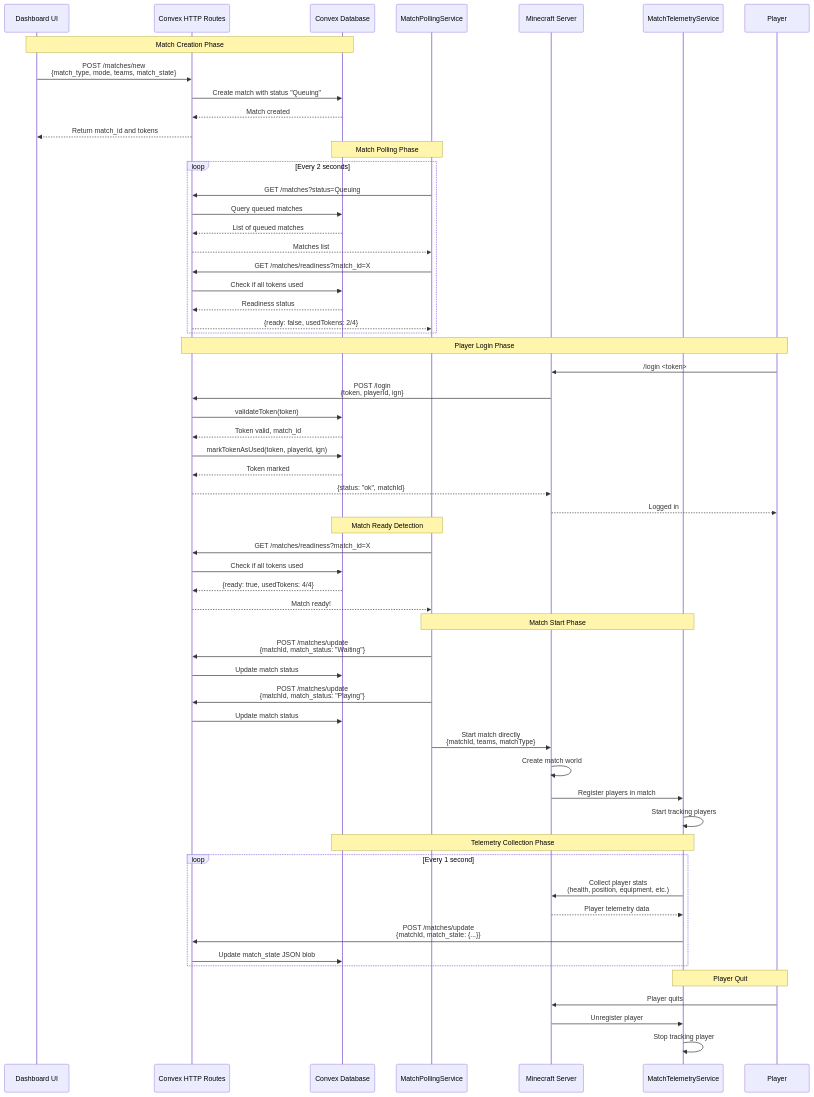
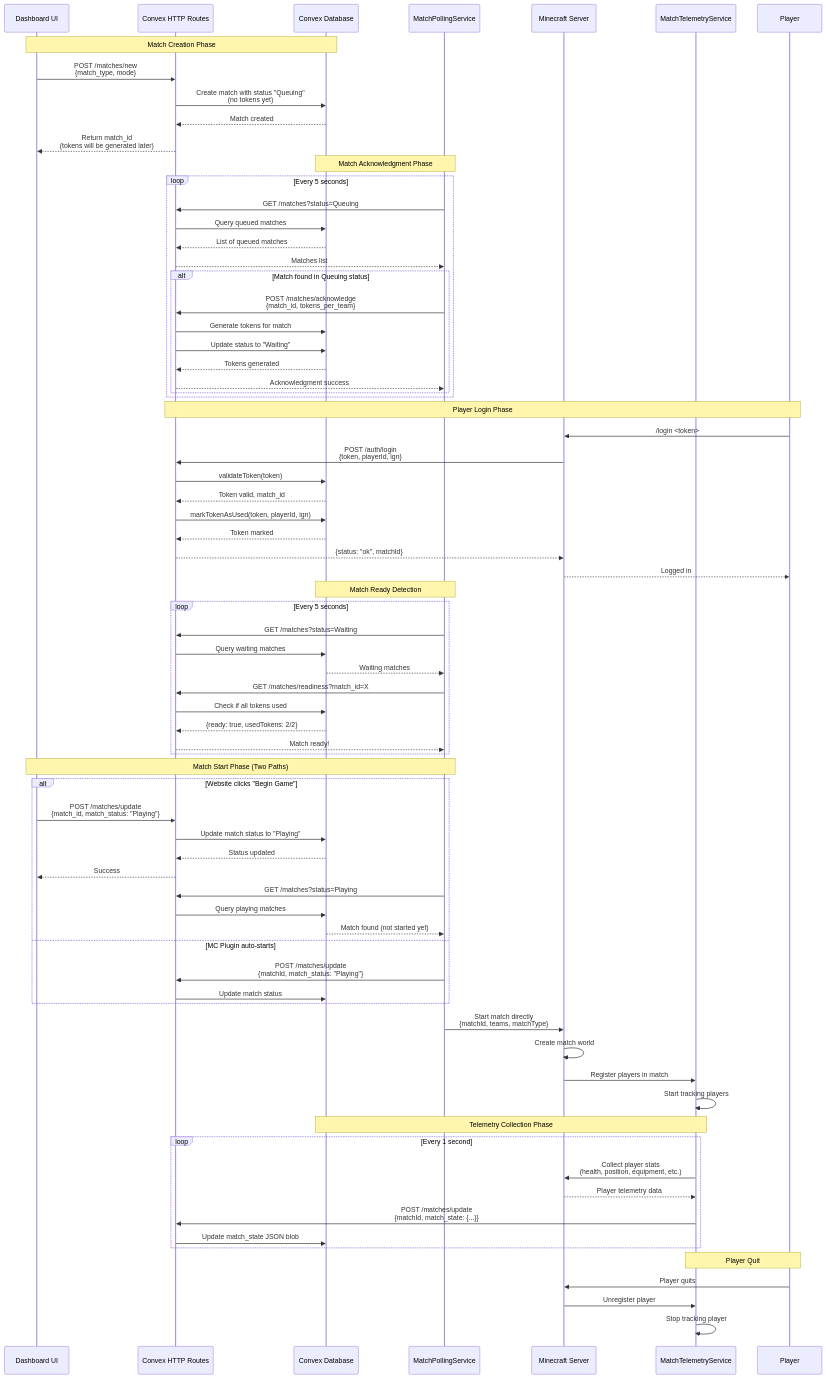
One commit to project-blockwarriors/blockwarriors-cmd changed the second of 2 diagrams in docs/match-system-architecture.md. Above: the diagram before and after it, drawn with Mermaid. The commit also changed other lines of this file and 2 other files, not shown here.

```diff
--- a/docs/match-system-architecture.md
+++ b/docs/match-system-architecture.md
@@ -72,27 +81,30 @@
     participant PLAYER as Player
 
     Note over UI,DB: Match Creation Phase
-    UI->>HTTP: POST /matches/new<br/>{match_type, mode, teams, match_state}
-    HTTP->>DB: Create match with status "Queuing"
+    UI->>HTTP: POST /matches/new<br/>{match_type, mode}
+    HTTP->>DB: Create match with status "Queuing"<br/>(no tokens yet)
     DB-->>HTTP: Match created
-    HTTP-->>UI: Return match_id and tokens
+    HTTP-->>UI: Return match_id<br/>(tokens will be generated later)
 
-    Note over POLLING,DB: Match Polling Phase
-    loop Every 2 seconds
+    Note over POLLING,DB: Match Acknowledgment Phase
+    loop Every 5 seconds
         POLLING->>HTTP: GET /matches?status=Queuing
         HTTP->>DB: Query queued matches
         DB-->>HTTP: List of queued matches
         HTTP-->>POLLING: Matches list
 
-        POLLING->>HTTP: GET /matches/readiness?match_id=X
-        HTTP->>DB: Check if all tokens used
-        DB-->>HTTP: Readiness status
-        HTTP-->>POLLING: {ready: false, usedTokens: 2/4}
+        alt Match found in Queuing status
+            POLLING->>HTTP: POST /matches/acknowledge<br/>{match_id, tokens_per_team}
+            HTTP->>DB: Generate tokens for match
+            HTTP->>DB: Update status to "Waiting"
+            DB-->>HTTP: Tokens generated
+            HTTP-->>POLLING: Acknowledgment success
+        end
     end
 
     Note over PLAYER,HTTP: Player Login Phase
     PLAYER->>BEACON: /login <token>
-    BEACON->>HTTP: POST /login<br/>{token, playerId, ign}
+    BEACON->>HTTP: POST /auth/login<br/>{token, playerId, ign}
     HTTP->>DB: validateToken(token)
     DB-->>HTTP: Token valid, match_id
     HTTP->>DB: markTokenAsUsed(token, playerId, ign)
@@ -101,16 +113,31 @@
     BEACON-->>PLAYER: Logged in
 
     Note over POLLING,DB: Match Ready Detection
-    POLLING->>HTTP: GET /matches/readiness?match_id=X
-    HTTP->>DB: Check if all tokens used
-    DB-->>HTTP: {ready: true, usedTokens: 4/4}
-    HTTP-->>POLLING: Match ready!
+    loop Every 5 seconds
+        POLLING->>HTTP: GET /matches?status=Waiting
+        HTTP->>DB: Query waiting matches
+        DB-->>POLLING: Waiting matches
 
-    Note over POLLING,TELEMETRY: Match Start Phase
-    POLLING->>HTTP: POST /matches/update<br/>{matchId, match_status: "Waiting"}
-    HTTP->>DB: Update match status
-    POLLING->>HTTP: POST /matches/update<br/>{matchId, match_status: "Playing"}
-    HTTP->>DB: Update match status
+        POLLING->>HTTP: GET /matches/readiness?match_id=X
+        HTTP->>DB: Check if all tokens used
+        DB-->>HTTP: {ready: true, usedTokens: 2/2}
+        HTTP-->>POLLING: Match ready!
+    end
+
+    Note over UI,POLLING: Match Start Phase (Two Paths)
+    alt Website clicks "Begin Game"
+        UI->>HTTP: POST /matches/update<br/>{match_id, match_status: "Playing"}
+        HTTP->>DB: Update match status to "Playing"
+        DB-->>HTTP: Status updated
+        HTTP-->>UI: Success
+
+        POLLING->>HTTP: GET /matches?status=Playing
+        HTTP->>DB: Query playing matches
+        DB-->>POLLING: Match found (not started yet)
+    else MC Plugin auto-starts
+        POLLING->>HTTP: POST /matches/update<br/>{matchId, match_status: "Playing"}
+        HTTP->>DB: Update match status
+    end
 
     POLLING->>BEACON: Start match directly<br/>{matchId, teams, matchType}
     BEACON->>BEACON: Create match world
```
